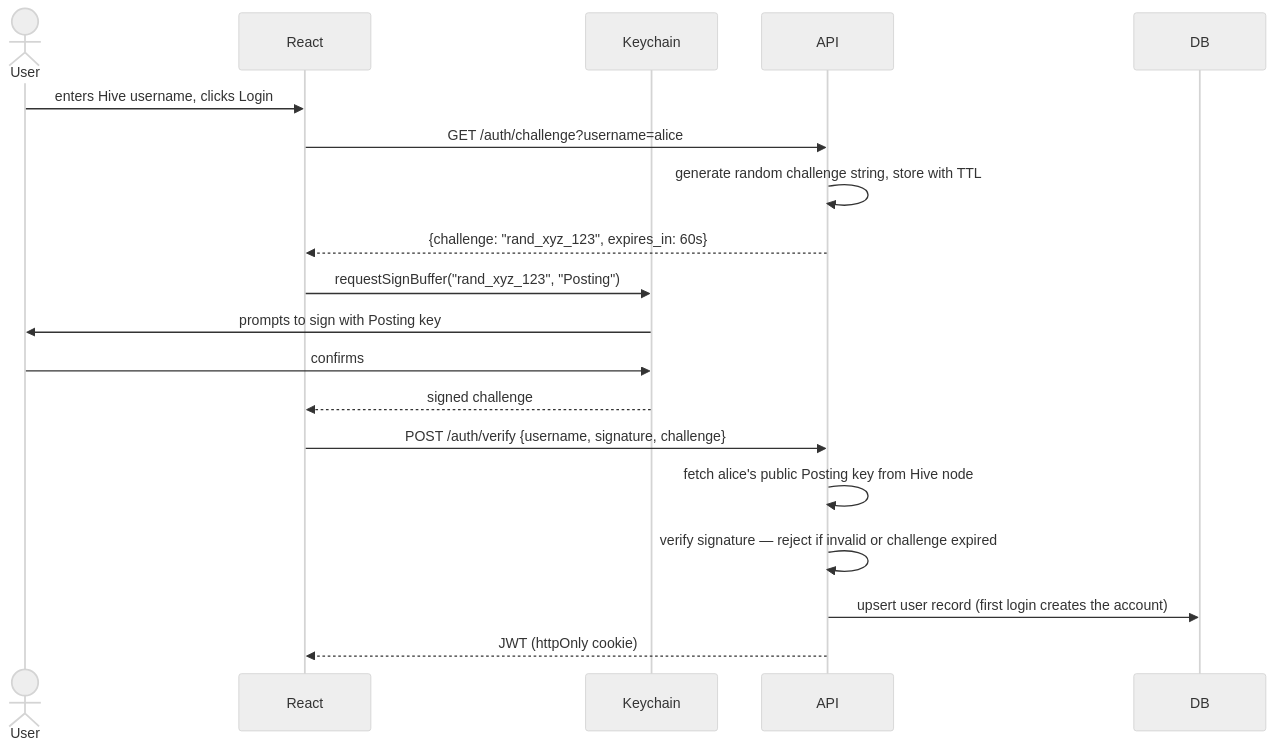
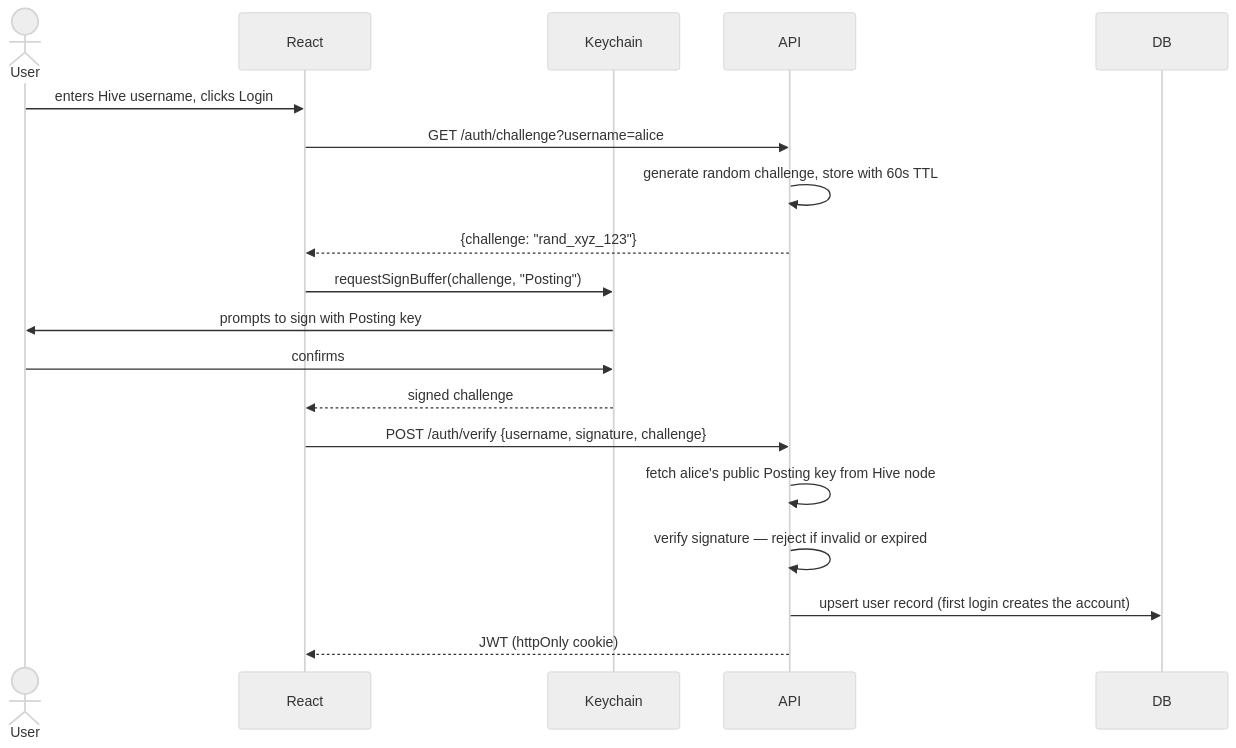
One commit to hdev-core/hive-freelance changed the first of 2 diagrams in Docs/[03] System_Architecture_Data_Model/[04] Auth_Roles_Strategy.md. Above: the diagram before and after it, drawn with Mermaid. The commit also changed other lines of this file and 3 other files, not shown here.

````diff
--- a/Docs/[03] System_Architecture_Data_Model/[04] Auth_Roles_Strategy.md
+++ b/Docs/[03] System_Architecture_Data_Model/[04] Auth_Roles_Strategy.md
@@ -61,25 +52,25 @@
 ```mermaid
 %%{init: {'theme': 'neutral'}}%%
 sequenceDiagram
     actor User
     participant React
     participant Keychain
     participant API
     participant DB
 
     User->>React: enters Hive username, clicks Login
     React->>API: GET /auth/challenge?username=alice
-    API->>API: generate random challenge string, store with TTL
-    API-->>React: {challenge: "rand_xyz_123", expires_in: 60s}
+    API->>API: generate random challenge, store with 60s TTL
+    API-->>React: {challenge: "rand_xyz_123"}
 
-    React->>Keychain: requestSignBuffer("rand_xyz_123", "Posting")
+    React->>Keychain: requestSignBuffer(challenge, "Posting")
     Keychain->>User: prompts to sign with Posting key
     User->>Keychain: confirms
     Keychain-->>React: signed challenge
 
     React->>API: POST /auth/verify {username, signature, challenge}
     API->>API: fetch alice's public Posting key from Hive node
-    API->>API: verify signature — reject if invalid or challenge expired
+    API->>API: verify signature — reject if invalid or expired
     API->>DB: upsert user record (first login creates the account)
     API-->>React: JWT (httpOnly cookie)
 ```
````
